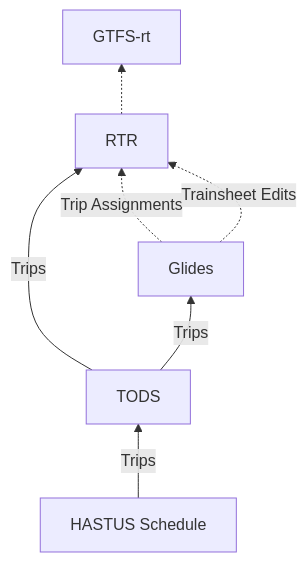
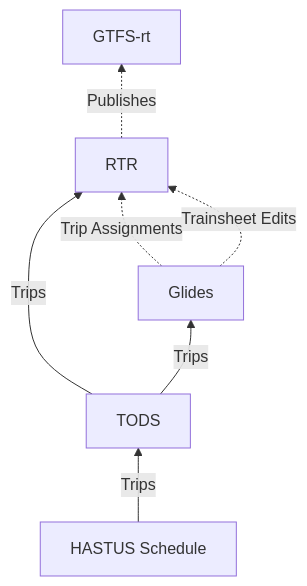
Before and after one commit to mbta/technology-docs: the second of 2 diagrams in rfcs/0000-light-rail-trip-model.md, drawn with Mermaid. The commit also changed other lines of this file, not shown here.

Commit message:
docs: label relationship between RTR and GTFS-rt

````diff
--- a/rfcs/0000-light-rail-trip-model.md
+++ b/rfcs/0000-light-rail-trip-model.md
@@ -81,14 +81,14 @@
 ```mermaid
   flowchart BT
     hastus["HASTUS Schedule"]
 	tods["TODS"]
 	glides["Glides"]
 	rtr["RTR"]
 	gtfsrt["GTFS-rt"]
 	hastus -- Trips --> tods
 	tods -- Trips --> glides
 	tods -- Trips --> rtr
 	glides -. Trip Assignments .-> rtr
 	glides -. Trainsheet Edits .-> rtr
-	rtr -.-> gtfsrt
+	rtr -. Publishes .-> gtfsrt
 ```
````
